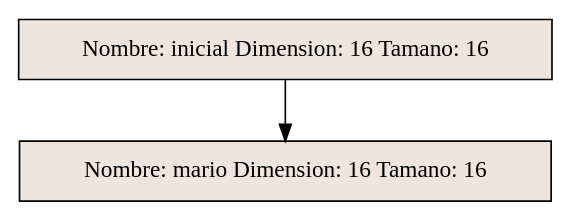
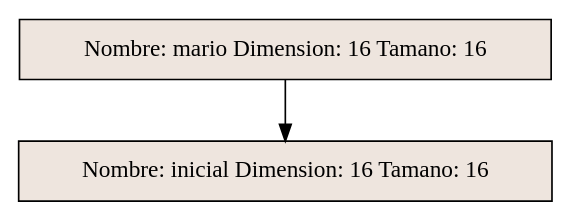
One commit to Eduardo01004/EDD_2S2019_PY1_201612124 changed the diagram in Proyecto1/Inorden.dot. Above: the diagram before and after it, drawn with Graphviz. The commit also changed 22 other files, not shown here.

```diff
--- a/Proyecto1/Inorden.dot
+++ b/Proyecto1/Inorden.dot
@@ -1,5 +1,5 @@
 digraph inorden {
 inicial[shape=record, style=filled, fillcolor=seashell2,label="Nombre: inicial Dimension: 16 Tamano: 16"];
-inicial -> mario;
- mario[shape=record, style=filled, fillcolor=seashell2,label="Nombre: mario Dimension: 16 Tamano: 16"];
-}
+mario[shape=record, style=filled, fillcolor=seashell2,label="Nombre: mario Dimension: 16 Tamano: 16"];
+mario -> inicial;
+ }
```
